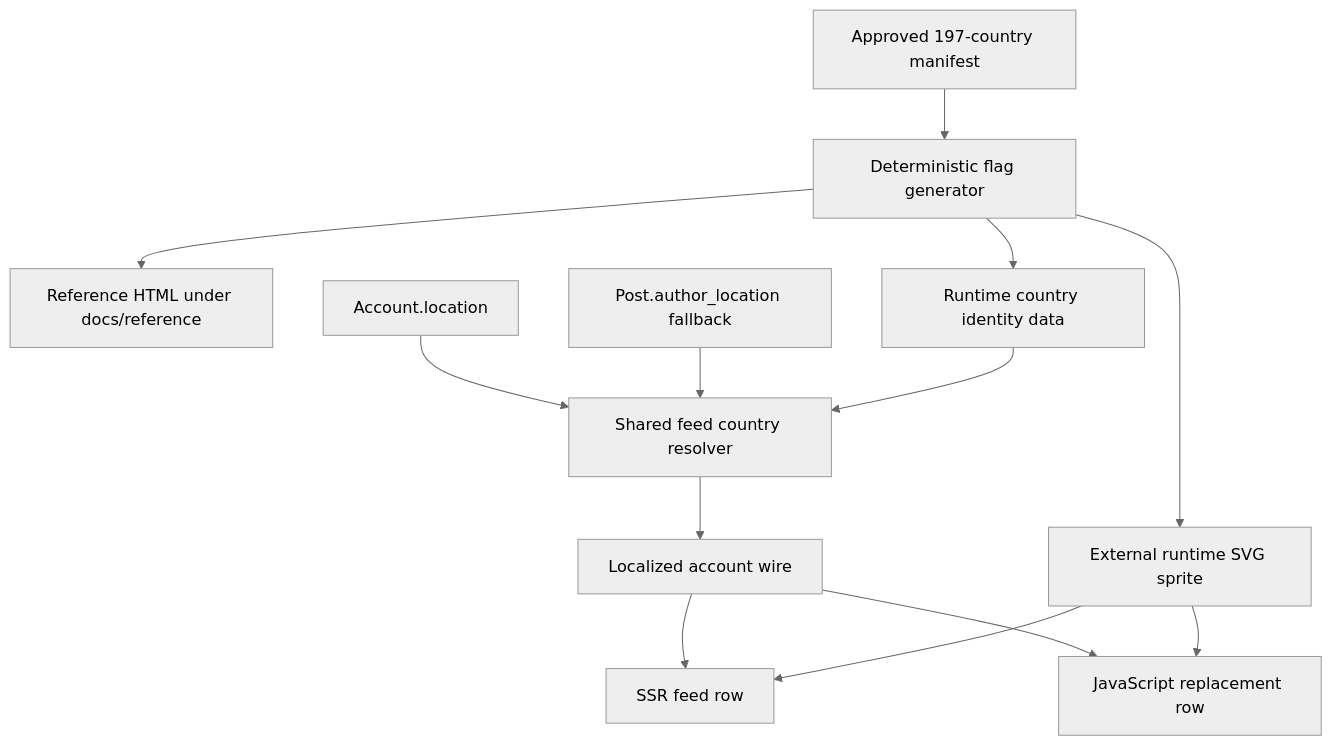
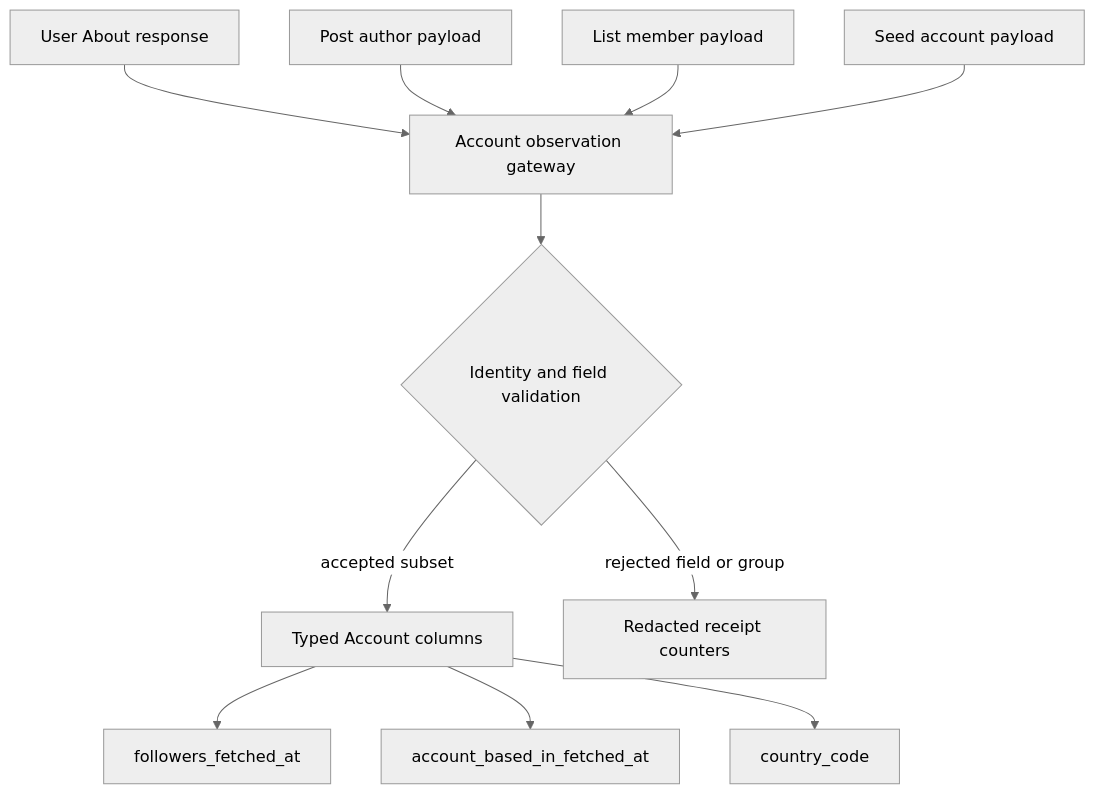
Before and after one commit to allenwlee/pushin-weight-v2: the second of 2 diagrams in docs/plans/2026-08-29-093958-feat-feed-country-flags-disclosure-plan.md, drawn with Mermaid (neutral theme). The commit also changed other lines of this file and 1 other file, not shown here.

Commit message:
docs(plan): split account enrichment from feed UI

````diff
--- a/docs/plans/2026-08-29-093958-feat-feed-country-flags-disclosure-plan.md
+++ b/docs/plans/2026-08-29-093958-feat-feed-country-flags-disclosure-plan.md
@@ -196,15 +292,13 @@
 ```mermaid
 flowchart TB
-  A[Approved 197-country manifest] --> B[Deterministic flag generator]
-  B --> C[Reference HTML under docs/reference]
-  B --> D[External runtime SVG sprite]
-  B --> E[Runtime country identity data]
-  F[Account.location] --> G[Shared feed country resolver]
-  H[Post.author_location fallback] --> G
-  E --> G
-  G --> I[Localized account wire]
-  I --> J[SSR feed row]
-  I --> K[JavaScript replacement row]
-  D --> J
-  D --> K
+  A[User About response] --> G[Account observation gateway]
+  P[Post author payload] --> G
+  L[List member payload] --> G
+  E[Seed account payload] --> G
+  G --> V{Identity and field validation}
+  V -->|accepted subset| C[Typed Account columns]
+  V -->|rejected field or group| R[Redacted receipt counters]
+  C --> F[followers_fetched_at]
+  C --> B[account_based_in_fetched_at]
+  C --> K[country_code]
 ```
````
